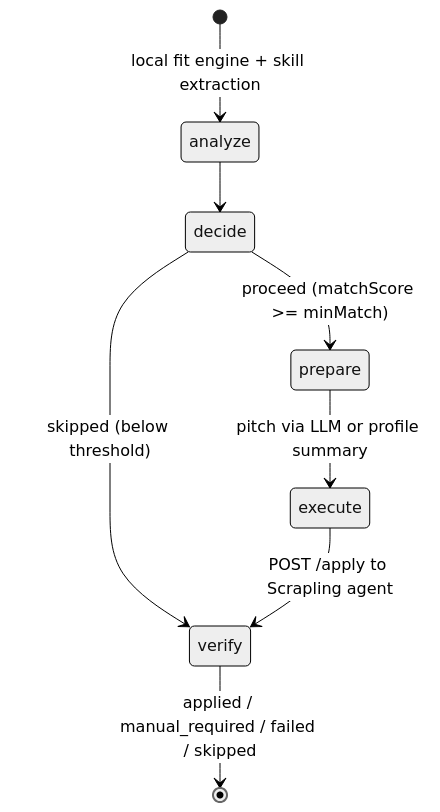
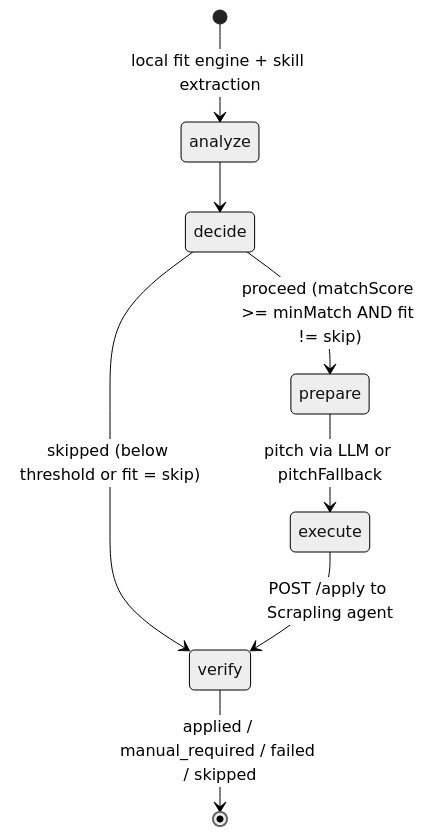
Before and after one commit to arfaouiahmed1/huntflow: the fourth of 7 diagrams in docs/ARCHITECTURE.md, drawn with Mermaid (neutral theme). The commit also changed other lines of this file and 3 other files, not shown here.

````diff
--- a/docs/ARCHITECTURE.md
+++ b/docs/ARCHITECTURE.md
@@ -212,10 +218,10 @@
 ```mermaid
 stateDiagram-v2
   [*] --> analyze: local fit engine + skill extraction
   analyze --> decide
-  decide --> prepare: proceed (matchScore >= minMatch)
-  decide --> verify: skipped (below threshold)
-  prepare --> execute: pitch via LLM or profile summary
+  decide --> prepare: proceed (matchScore >= minMatch AND fit != skip)
+  decide --> verify: skipped (below threshold or fit = skip)
+  prepare --> execute: pitch via LLM or pitchFallback
   execute --> verify: POST /apply to Scrapling agent
   verify --> [*]: applied / manual_required / failed / skipped
 ```
````
